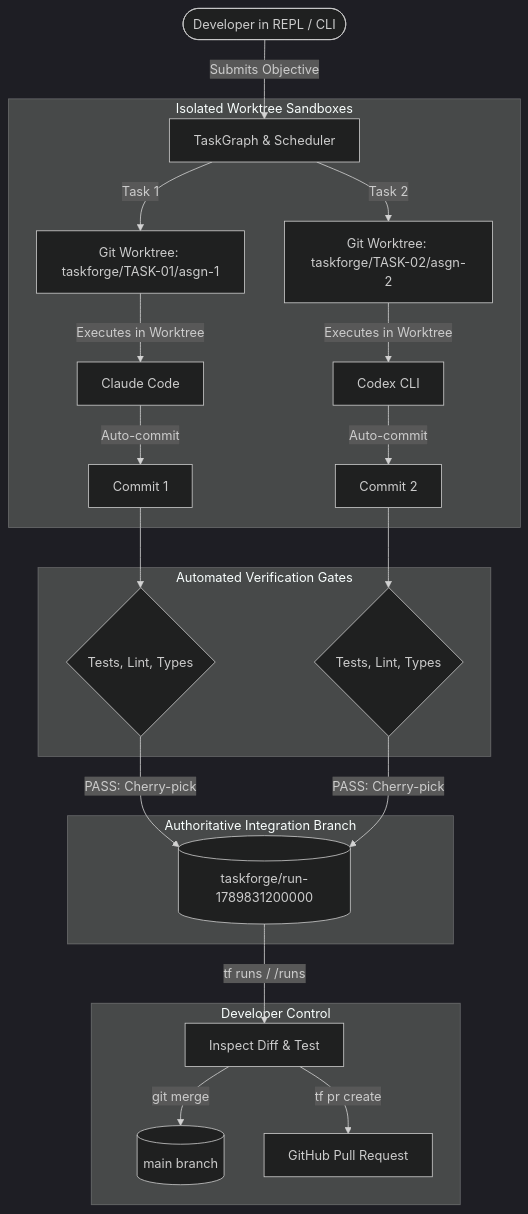
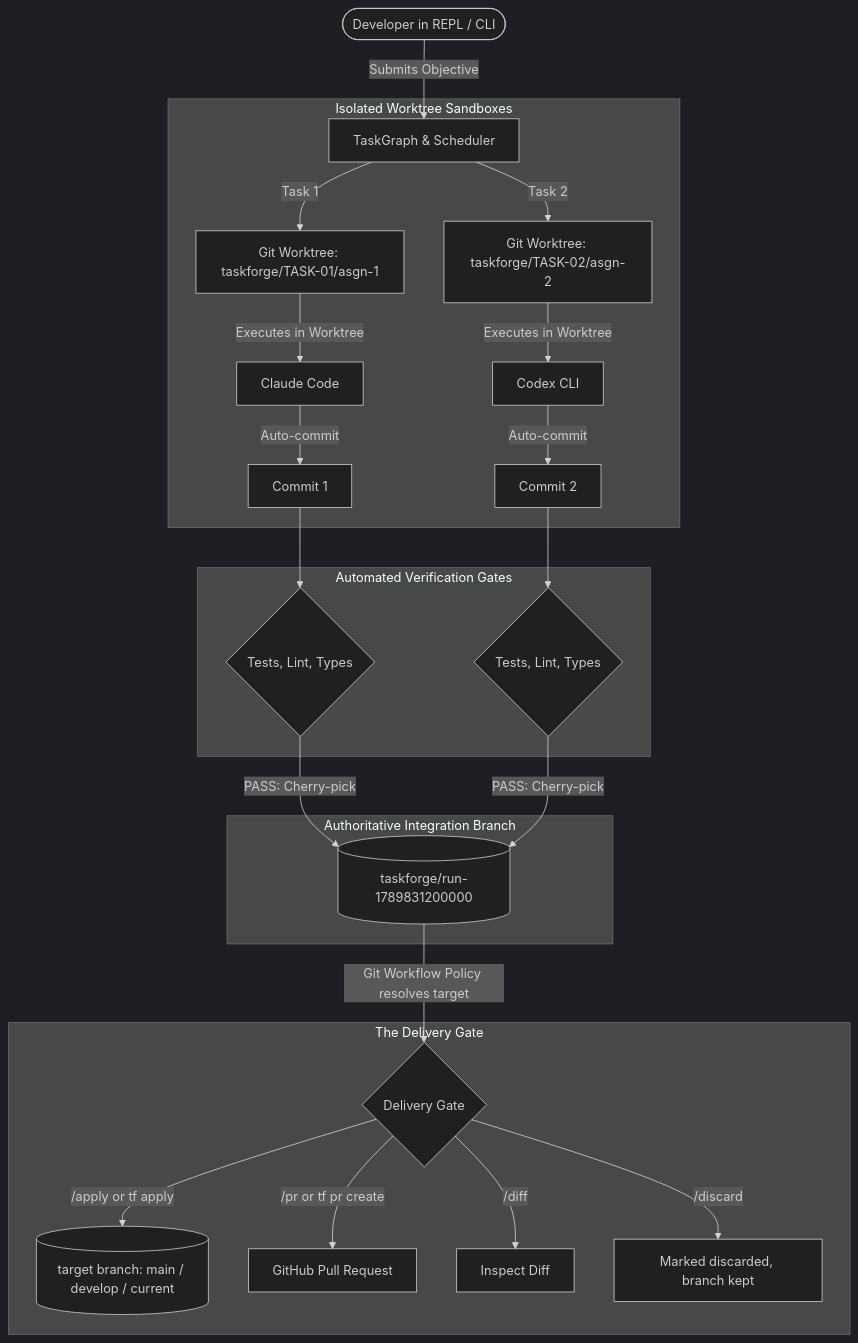
The diagram in docs/git-branch-lifecycle-and-hardening.md (eder/taskforge), drawn with Mermaid (dark theme) before and after one commit. The commit also changed other lines of this file and 1 other file, not shown here.

First line of the commit message:
docs: document the delivery gate, git workflow policy, and extension points

````diff
--- a/docs/git-branch-lifecycle-and-hardening.md
+++ b/docs/git-branch-lifecycle-and-hardening.md
@@ -26,29 +27,31 @@
 ```mermaid
 flowchart TD
     User([Developer in REPL / CLI]) -->|Submits Objective| Planner[TaskGraph & Scheduler]
     
     subgraph Sandboxed Execution [Isolated Worktree Sandboxes]
         Planner -->|Task 1| WT1[Git Worktree: taskforge/TASK-01/asgn-1]
         Planner -->|Task 2| WT2[Git Worktree: taskforge/TASK-02/asgn-2]
         WT1 -->|Executes in Worktree| Agent1[Claude Code]
         WT2 -->|Executes in Worktree| Agent2[Codex CLI]
         Agent1 -->|Auto-commit| Commit1[Commit 1]
         Agent2 -->|Auto-commit| Commit2[Commit 2]
     end
 
     subgraph Verification [Automated Verification Gates]
         Commit1 --> Gate1{Tests, Lint, Types}
         Commit2 --> Gate2{Tests, Lint, Types}
     end
 
     subgraph Integration [Authoritative Integration Branch]
         Gate1 -->|PASS: Cherry-pick| Branch[(taskforge/run-1789831200000)]
         Gate2 -->|PASS: Cherry-pick| Branch
     end
 
-    subgraph Finalization [Developer Control]
-        Branch -->|tf runs / /runs| Inspect[Inspect Diff & Test]
-        Inspect -->|git merge| MainBranch[(main branch)]
-        Inspect -->|tf pr create| GitHubPR[GitHub Pull Request]
+    subgraph Delivery [The Delivery Gate]
+        Branch -->|Git Workflow Policy resolves target| Gate{Delivery Gate}
+        Gate -->|/apply or tf apply| MainBranch[(target branch: main / develop / current)]
+        Gate -->|/pr or tf pr create| GitHubPR[GitHub Pull Request]
+        Gate -->|/diff| Inspect[Inspect Diff]
+        Gate -->|/discard| Discarded[Marked discarded, branch kept]
     end
 ```
````
